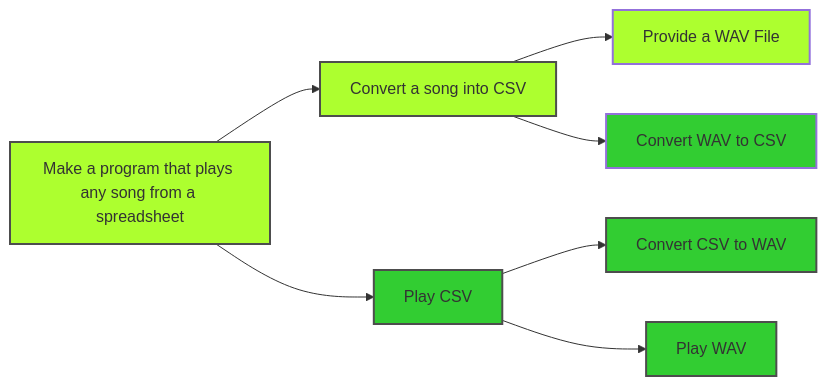
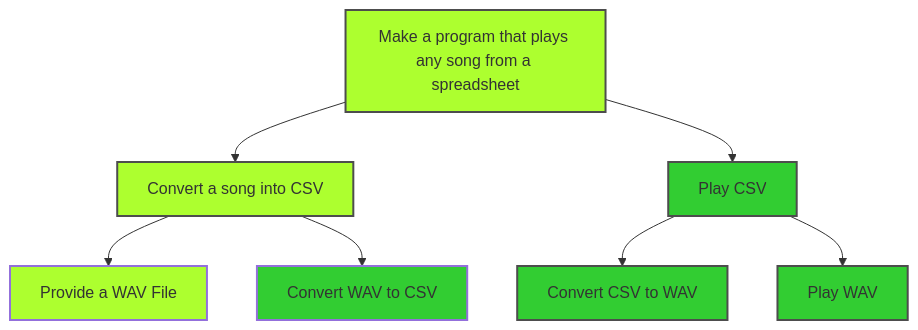
One commit to NguyenAndrew/edd changed diagram 16 of 18 in README.md. Above: the diagram before and after it, drawn with Mermaid. The commit also changed other lines of this file, not shown here.

Commit message:
Try Top-Down diagrams
So that diagrams display correctly on phone, and to better match original intention with EDD diagrams

````diff
--- a/README.md
+++ b/README.md
@@ -275,23 +275,23 @@
 ```mermaid
-graph LR
+graph TD
     style A fill:#ADFF2F,stroke:#4d4d4d,stroke-width:2px,rounded:10px
     style B fill:#ADFF2F,stroke:#4d4d4d,stroke-width:2px,rounded:10px
     style C fill:#32CD32,stroke:#4d4d4d,stroke-width:2px,rounded:10px
     style D fill:#ADFF2F,stroke:#4d4d4,stroke-width:2px,rounded:10px
     style E fill:#32CD32,stroke:#4d4d4,stroke-width:2px,rounded:10px
     style F fill:#32CD32,stroke:#4d4d4d,stroke-width:2px,rounded:10px
     style G fill:#32CD32,stroke:#4d4d4d,stroke-width:2px,rounded:10px
     A[Make a program that plays any song from a spreadsheet]
     B[Convert a song into CSV]
     C[Play CSV]
     D[Provide a WAV File]
     E[Convert WAV to CSV]
     F[Convert CSV to WAV]
     G[Play WAV]
     A --> B
     A --> C
     B --> D
     B --> E
     C --> F
     C --> G
 ```
````
